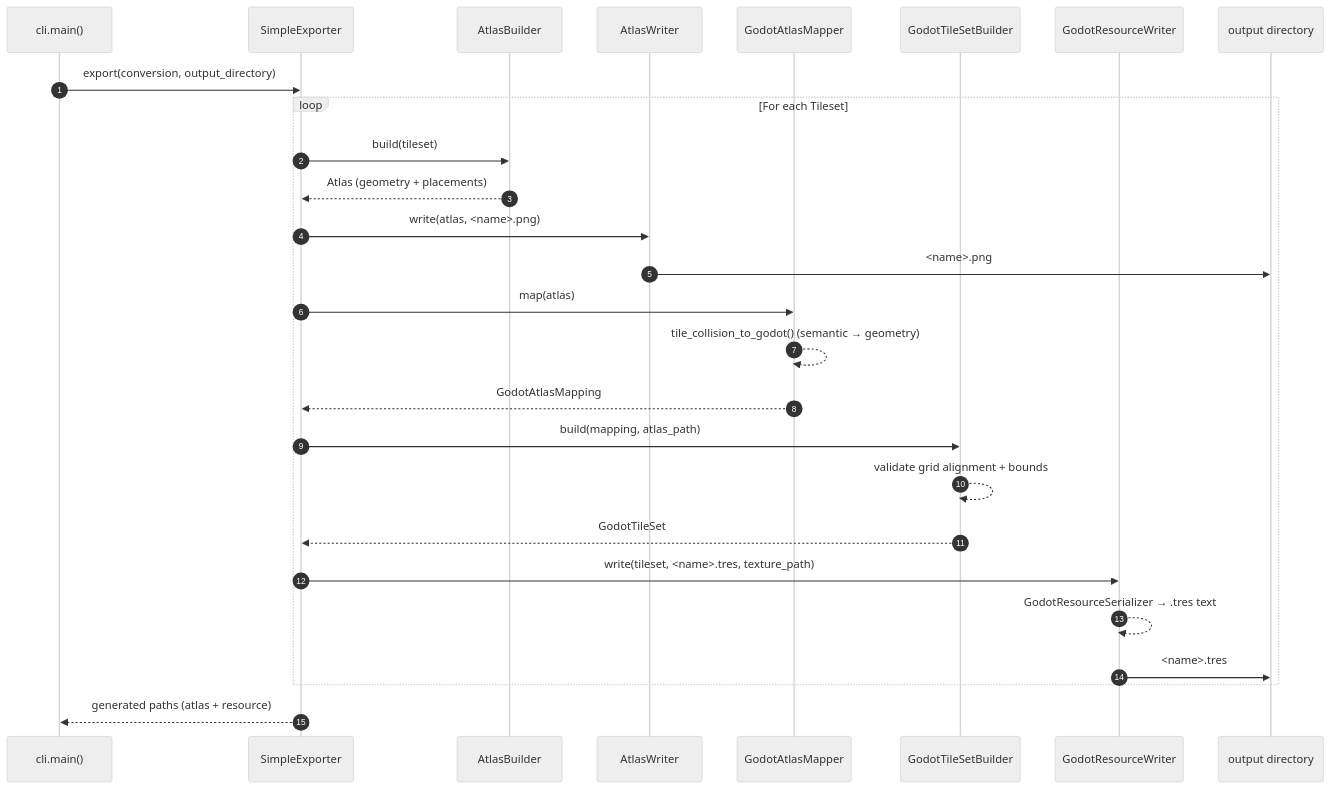
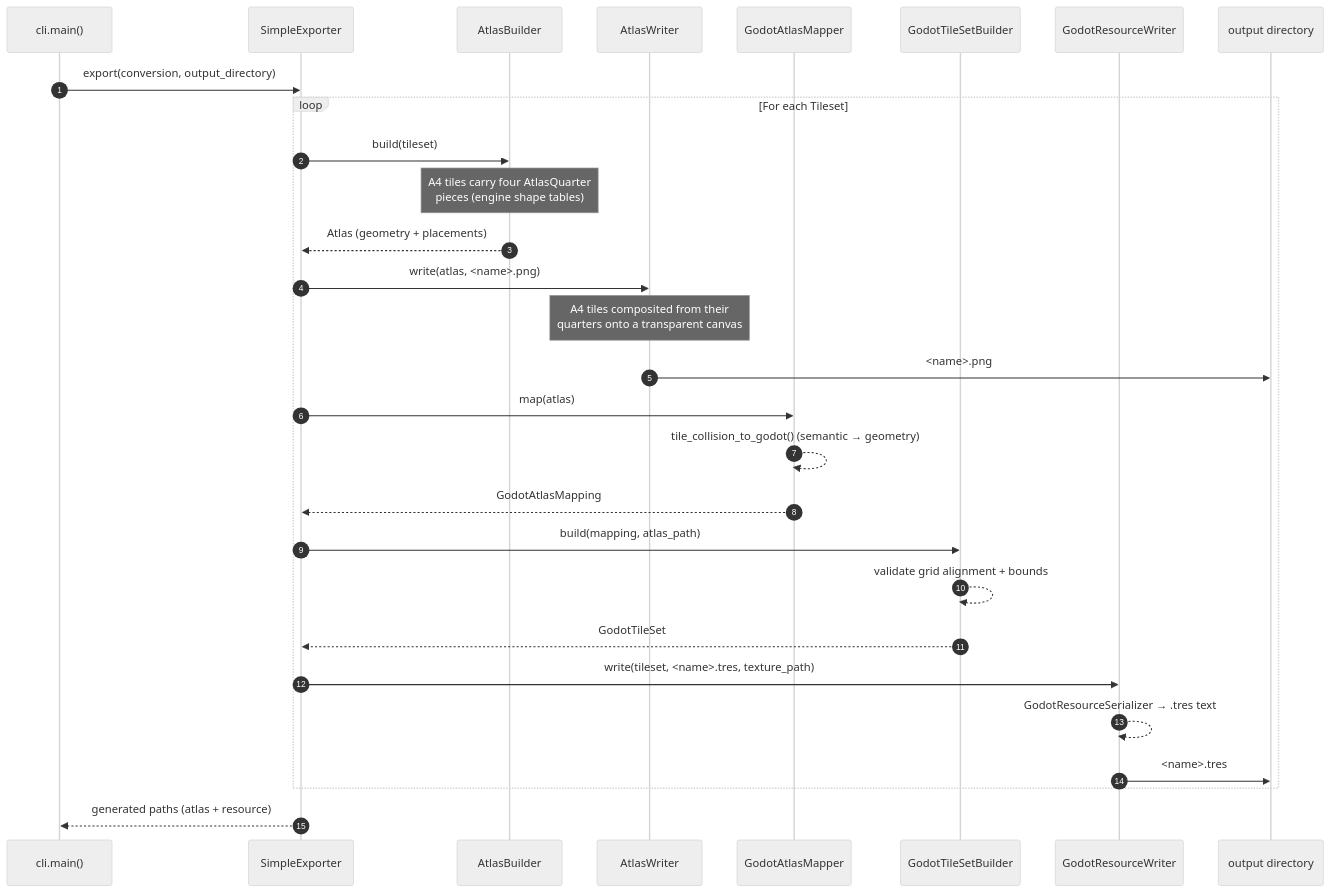
The fourth of 4 diagrams in README.md (ultra-sonic-28/rpgmaker2godot), drawn with Mermaid (neutral theme) before and after one commit. The commit also changed other lines of this file, not shown here.

````diff
--- a/README.md
+++ b/README.md
@@ -293,30 +303,32 @@
 ```mermaid
 sequenceDiagram
     autonumber
     participant CLI as cli.main()
     participant E as SimpleExporter
     participant AB as AtlasBuilder
     participant AW as AtlasWriter
     participant GM as GodotAtlasMapper
     participant TB as GodotTileSetBuilder
     participant RW as GodotResourceWriter
     participant FS as output directory
 
     CLI->>E: export(conversion, output_directory)
     loop For each Tileset
         E->>AB: build(tileset)
+        Note over AB: A4 tiles carry four AtlasQuarter<br/>pieces (engine shape tables)
         AB-->>E: Atlas (geometry + placements)
         E->>AW: write(atlas, <name>.png)
+        Note over AW: A4 tiles composited from their<br/>quarters onto a transparent canvas
         AW->>FS: <name>.png
         E->>GM: map(atlas)
         GM-->>GM: tile_collision_to_godot() (semantic → geometry)
         GM-->>E: GodotAtlasMapping
         E->>TB: build(mapping, atlas_path)
         TB-->>TB: validate grid alignment + bounds
         TB-->>E: GodotTileSet
         E->>RW: write(tileset, <name>.tres, texture_path)
         RW-->>RW: GodotResourceSerializer → .tres text
         RW->>FS: <name>.tres
     end
     E-->>CLI: generated paths (atlas + resource)
 ```
````
